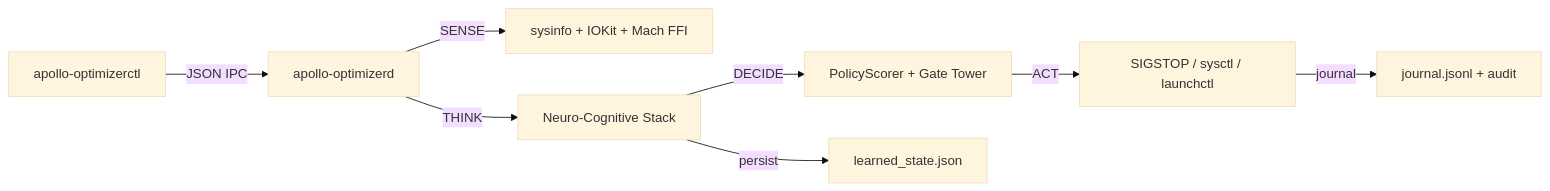
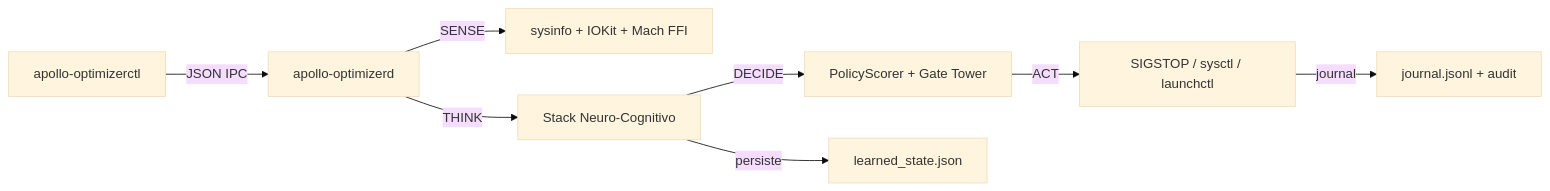
One commit to Eduardo13x/apollo-silicon-reactor changed the diagram in README.md. Above: the diagram before and after it, drawn with Mermaid (base theme). The commit also changed other lines of this file, not shown here.

````diff
--- a/README.md
+++ b/README.md
@@ -39,10 +39,10 @@
 ```mermaid
 graph LR
     A[apollo-optimizerctl] -- JSON IPC --> B[apollo-optimizerd]
     B -- SENSE --> C[sysinfo + IOKit + Mach FFI]
-    B -- THINK --> D[Neuro-Cognitive Stack]
+    B -- THINK --> D[Stack Neuro-Cognitivo]
     D -- DECIDE --> E[PolicyScorer + Gate Tower]
     E -- ACT --> F[SIGSTOP / sysctl / launchctl]
-    D -- persist --> G[learned_state.json]
+    D -- persiste --> G[learned_state.json]
     F -- journal --> H[journal.jsonl + audit]
 ```
````
